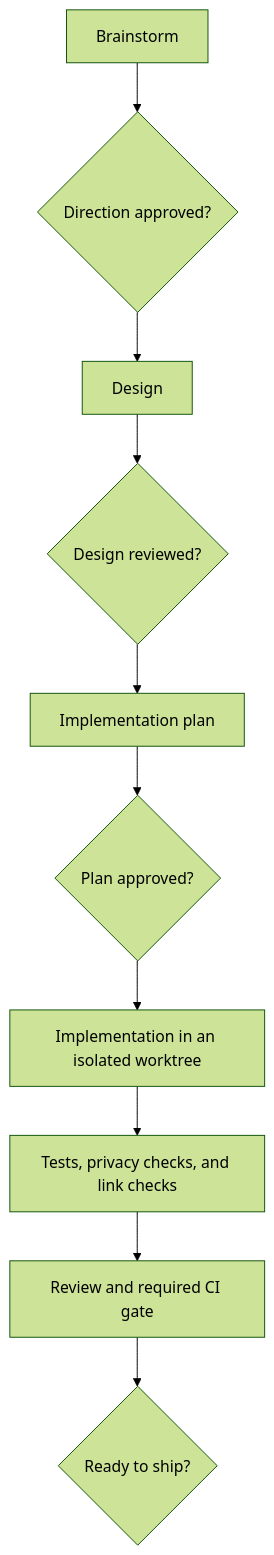
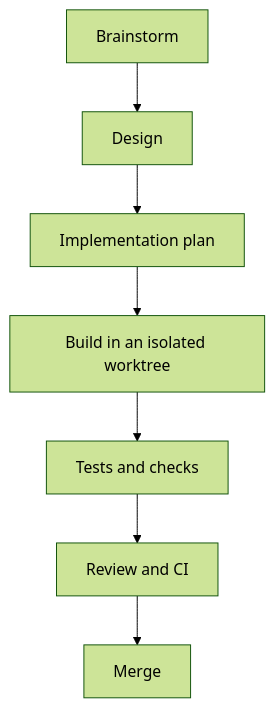
Before and after one commit to carlosboeing/agentic-toolkit: the second of 2 diagrams in README.md, drawn with Mermaid (forest theme). The commit also changed other lines of this file and 43 other files, not shown here.

````diff
--- a/README.md
+++ b/README.md
@@ -49,12 +41,9 @@
 ```mermaid
 flowchart TB
-    Brainstorm["Brainstorm"] --> BrainstormGate{"Direction approved?"}
-    BrainstormGate --> Design["Design"]
-    Design --> DesignGate{"Design reviewed?"}
-    DesignGate --> Plan["Implementation plan"]
-    Plan --> PlanGate{"Plan approved?"}
-    PlanGate --> Worktree["Implementation in an isolated worktree"]
-    Worktree --> Verify["Tests, privacy checks, and link checks"]
-    Verify --> Review["Review and required CI gate"]
-    Review --> ShipGate{"Ready to ship?"}
+    Brainstorm["Brainstorm"] --> Design["Design"]
+    Design --> Plan["Implementation plan"]
+    Plan --> Build["Build in an isolated worktree"]
+    Build --> Verify["Tests and checks"]
+    Verify --> Review["Review and CI"]
+    Review --> Ship["Merge"]
 ```
````
